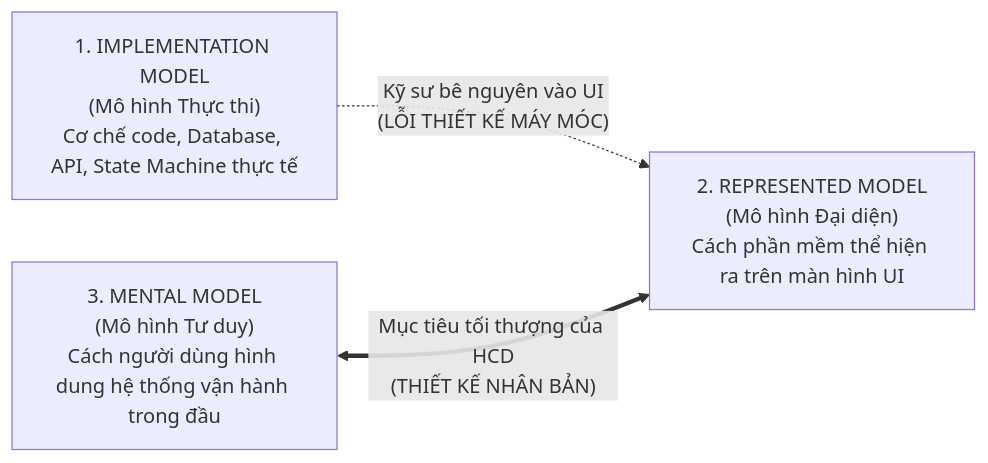
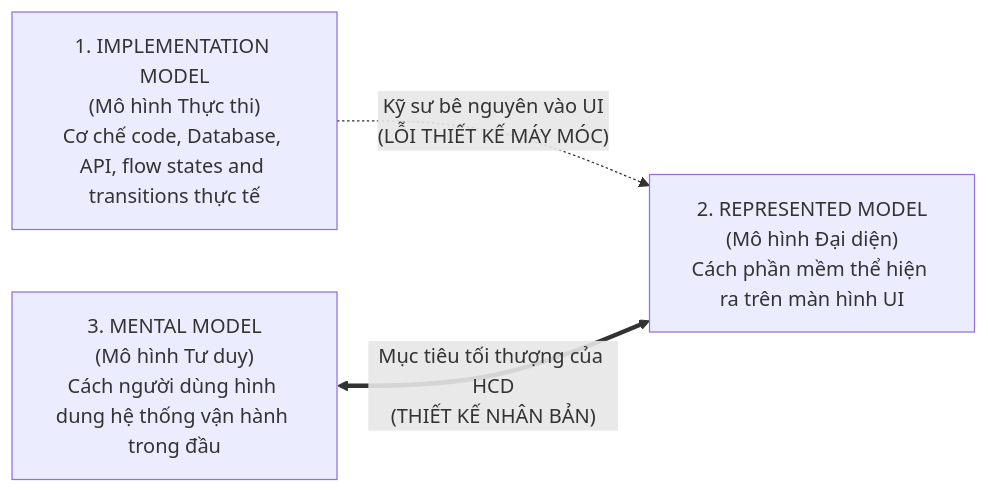
Before and after one commit to HaoNgo232/skills: the first of 2 diagrams in ux-design/references/cognitive-biases.md, drawn with Mermaid. The commit also changed other lines of this file and 4 other files, not shown here.

````diff
--- a/ux-design/references/cognitive-biases.md
+++ b/ux-design/references/cognitive-biases.md
@@ -78,17 +78,17 @@
 ```mermaid
 flowchart LR
     IM["1. IMPLEMENTATION MODEL
 (Mô hình Thực thi)
-Cơ chế code, Database, API, State Machine thực tế"]
+Cơ chế code, Database, API, flow states and transitions thực tế"]
     RM["2. REPRESENTED MODEL
 (Mô hình Đại diện)
 Cách phần mềm thể hiện ra trên màn hình UI"]
     MM["3. MENTAL MODEL
 (Mô hình Tư duy)
 Cách người dùng hình dung hệ thống vận hành trong đầu"]
 
     IM -. "Kỹ sư bê nguyên vào UI
 (LỖI THIẾT KẾ MÁY MÓC)" .-> RM
     MM <== "Mục tiêu tối thượng của HCD
 (THIẾT KẾ NHÂN BẢN)" ==> RM
 ```
````
